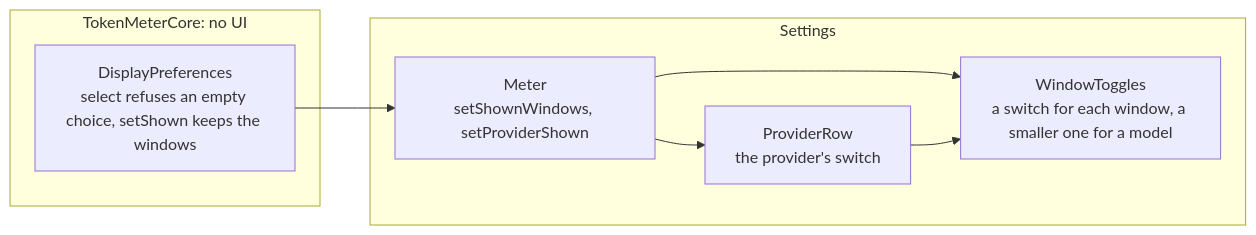
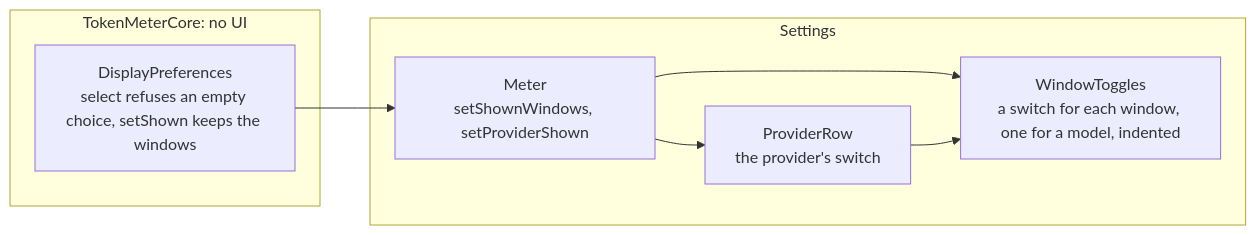
Before and after one commit to fmmenchi/tokenmeter: the diagram in docs/features/2026-11-01-settings-switches/plan.md, drawn with Mermaid. The commit also changed other lines of this file and 1 other file, not shown here.

Commit message:
docs(features): settled by building, one size for every switch

````diff
--- a/docs/features/2026-11-01-settings-switches/plan.md
+++ b/docs/features/2026-11-01-settings-switches/plan.md
@@ -14,14 +14,14 @@
 ```mermaid
 flowchart LR
   subgraph Core["TokenMeterCore: no UI"]
     PREF["DisplayPreferences<br/>select refuses an empty choice, setShown keeps the windows"]
   end
   subgraph App["Settings"]
     METER["Meter<br/>setShownWindows, setProviderShown"]
     ROW["ProviderRow<br/>the provider's switch"]
-    LIST["WindowToggles<br/>a switch for each window, a smaller one for a model"]
+    LIST["WindowToggles<br/>a switch for each window, one for a model, indented"]
   end
   PREF --> METER --> ROW
   METER --> LIST
   ROW --> LIST
 ```
````
